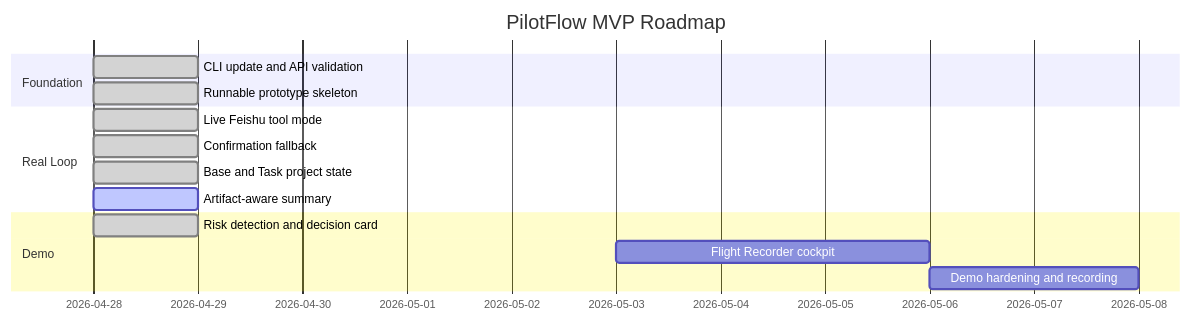
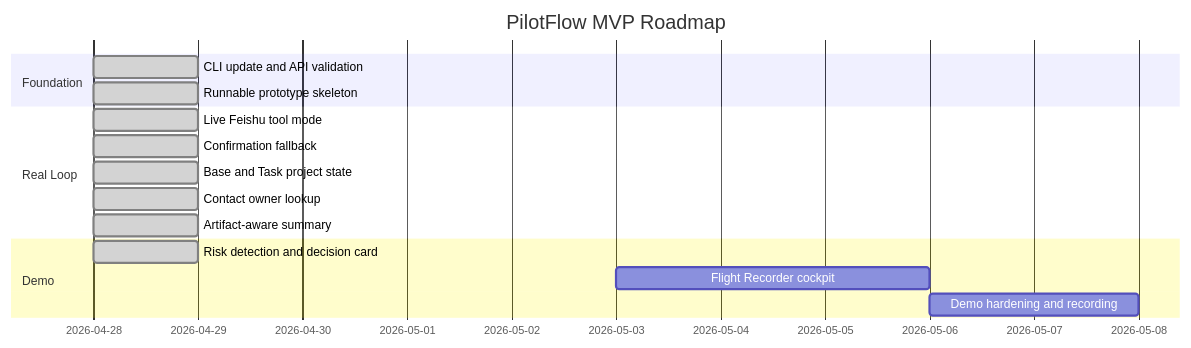
The fourth of 4 diagrams in README.md (DeliciousBuding/pilot-flow), drawn with Mermaid before and after one commit. The commit also changed other lines of this file and 14 other files, not shown here.

Commit message:
Add contact owner lookup

````diff
--- a/README.md
+++ b/README.md
@@ -192,17 +193,18 @@
 ```mermaid
 gantt
     title PilotFlow MVP Roadmap
     dateFormat  YYYY-MM-DD
     section Foundation
     CLI update and API validation        :done,    a1, 2026-04-28, 1d
     Runnable prototype skeleton          :done,    a2, 2026-04-28, 1d
     section Real Loop
     Live Feishu tool mode                :done,    b1, 2026-04-28, 1d
     Confirmation fallback                :done,    b2, 2026-04-28, 1d
     Base and Task project state          :done,    b3, 2026-04-28, 1d
-    Artifact-aware summary               :active,  b4, 2026-04-28, 1d
+    Contact owner lookup                 :done,    b4, 2026-04-28, 1d
+    Artifact-aware summary               :done,    b5, 2026-04-28, 1d
     section Demo
     Risk detection and decision card     :done,    c1, 2026-04-28, 1d
     Flight Recorder cockpit              :         c2, 2026-05-03, 3d
     Demo hardening and recording         :         c3, 2026-05-06, 2d
 ```
````
